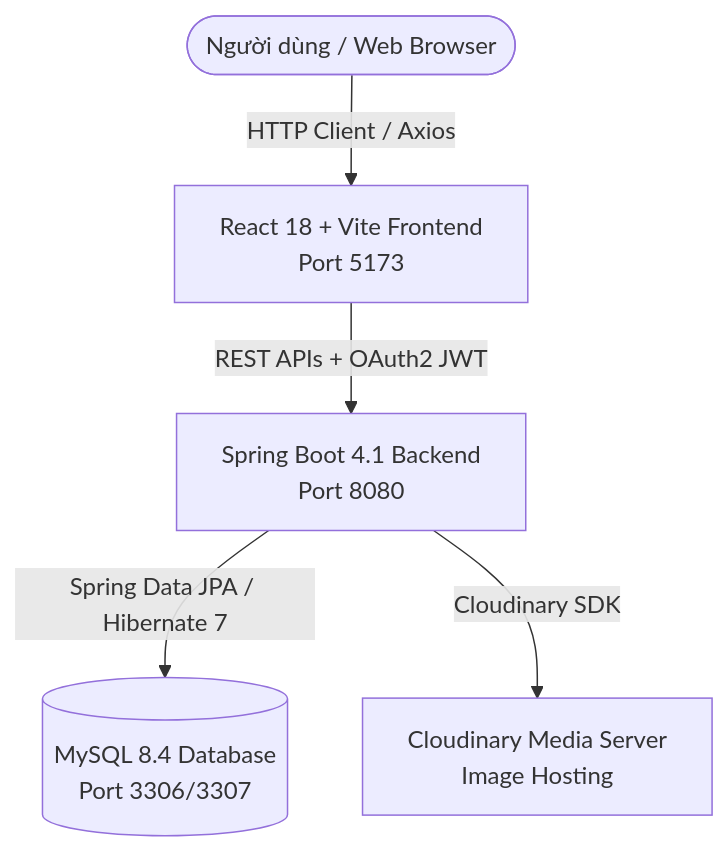
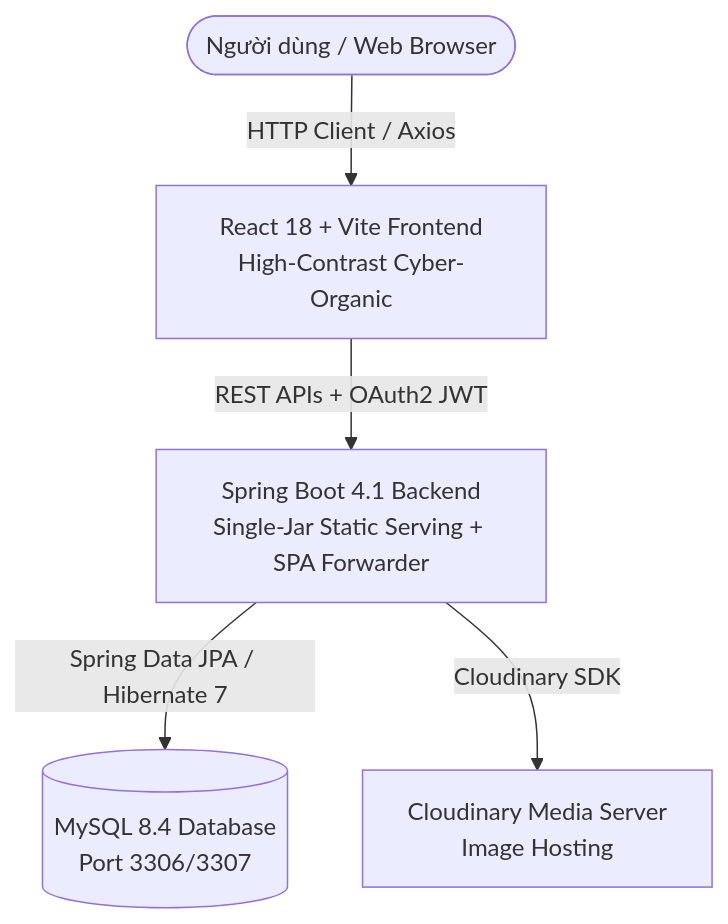
One commit to Khoidep-zai/teacakeshop_java changed the diagram in README.md. Above: the diagram before and after it, drawn with Mermaid. The commit also changed other lines of this file, not shown here.

````diff
--- a/README.md
+++ b/README.md
@@ -48,7 +58,7 @@
 ```mermaid
 graph TD
-    User([Người dùng / Web Browser]) -->|HTTP Client / Axios| ReactFrontend[React 18 + Vite Frontend<br/>Port 5173]
-    ReactFrontend -->|REST APIs + OAuth2 JWT| SpringBackend[Spring Boot 4.1 Backend<br/>Port 8080]
+    User([Người dùng / Web Browser]) -->|HTTP Client / Axios| ReactFrontend[React 18 + Vite Frontend<br/>High-Contrast Cyber-Organic]
+    ReactFrontend -->|REST APIs + OAuth2 JWT| SpringBackend[Spring Boot 4.1 Backend<br/>Single-Jar Static Serving + SPA Forwarder]
     SpringBackend -->|Spring Data JPA / Hibernate 7| MySQL[(MySQL 8.4 Database<br/>Port 3306/3307)]
     SpringBackend -->|Cloudinary SDK| Cloudinary[Cloudinary Media Server<br/>Image Hosting]
 ```
````
